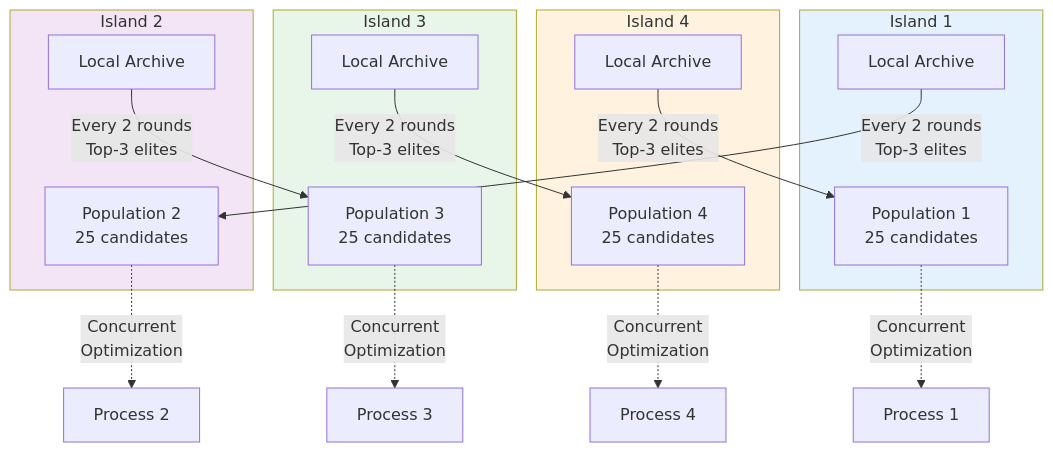
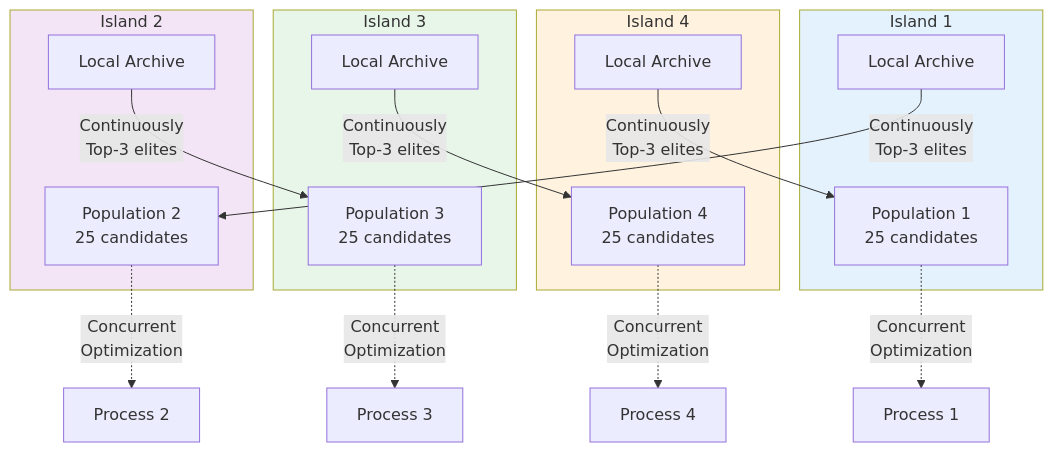
One commit to gepa-ai/gepa changed the second of 4 diagrams in README.md. Above: the diagram before and after it, drawn with Mermaid. The commit also changed other lines of this file and 2 other files, not shown here.

````diff
--- a/README.md
+++ b/README.md
@@ -294,37 +281,37 @@
 ```mermaid
 graph TD
     subgraph Island1[Island 1]
     Pop1[Population 1<br/>25 candidates]
     Arch1[Local Archive]
     end
 
     subgraph Island2[Island 2]
     Pop2[Population 2<br/>25 candidates]
     Arch2[Local Archive]
     end
 
     subgraph Island3[Island 3]
     Pop3[Population 3<br/>25 candidates]
     Arch3[Local Archive]
     end
 
     subgraph Island4[Island 4]
     Pop4[Population 4<br/>25 candidates]
     Arch4[Local Archive]
     end
 
-    Arch1 -->|Every 2 rounds<br/>Top-3 elites| Pop2
-    Arch2 -->|Every 2 rounds<br/>Top-3 elites| Pop3
-    Arch3 -->|Every 2 rounds<br/>Top-3 elites| Pop4
-    Arch4 -->|Every 2 rounds<br/>Top-3 elites| Pop1
+    Arch1 -->|Continuously<br/>Top-3 elites| Pop2
+    Arch2 -->|Continuously<br/>Top-3 elites| Pop3
+    Arch3 -->|Continuously<br/>Top-3 elites| Pop4
+    Arch4 -->|Continuously<br/>Top-3 elites| Pop1
 
     Pop1 -.->|Concurrent<br/>Optimization| Process1[Process 1]
     Pop2 -.->|Concurrent<br/>Optimization| Process2[Process 2]
     Pop3 -.->|Concurrent<br/>Optimization| Process3[Process 3]
     Pop4 -.->|Concurrent<br/>Optimization| Process4[Process 4]
 
     style Island1 fill:#e3f2fd
     style Island2 fill:#f3e5f5
     style Island3 fill:#e8f5e9
     style Island4 fill:#fff3e0
 ```
````
